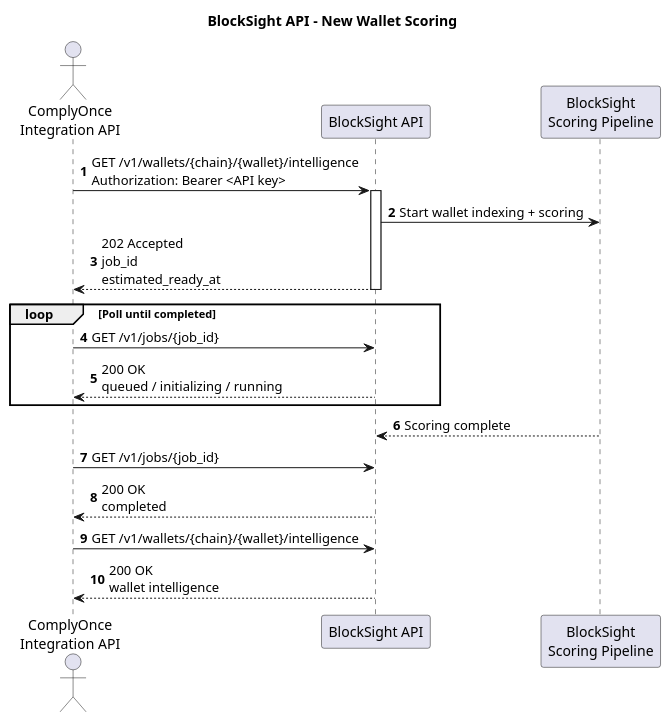
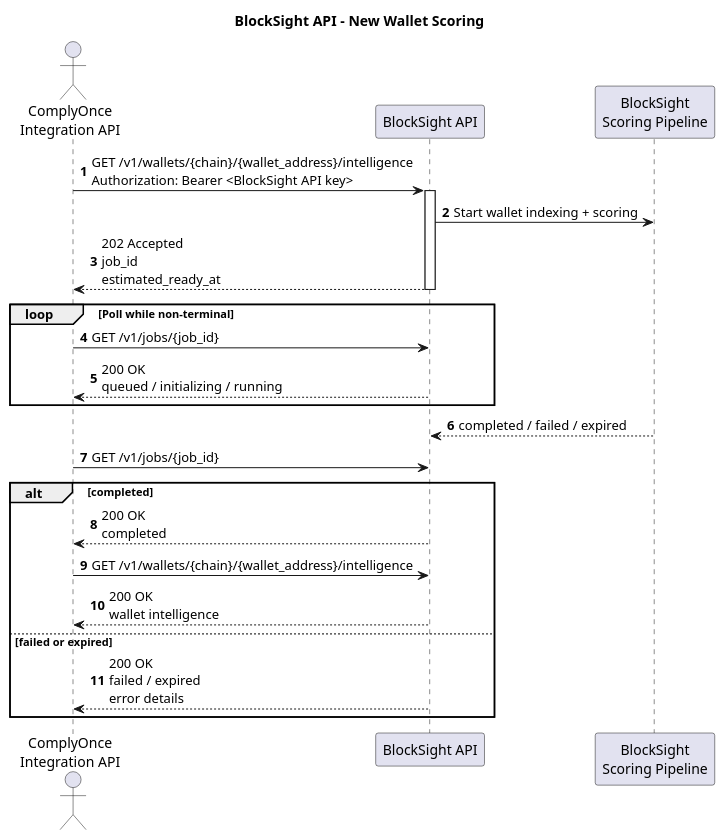
Before and after one commit to BlockSight-Labs/partner-docs: the second of 3 diagrams in docs/ComplyOnce/2026-09-16-BlockSight-ComplyOnce-StatementOfUnderstanding.md, drawn with PlantUML. The commit also changed other lines of this file and 5 other files, not shown here.

````diff
--- a/docs/ComplyOnce/2026-09-16-BlockSight-ComplyOnce-StatementOfUnderstanding.md
+++ b/docs/ComplyOnce/2026-09-16-BlockSight-ComplyOnce-StatementOfUnderstanding.md
@@ -54,33 +58,36 @@
 ```plantuml
 @startuml
 
 title BlockSight API - New Wallet Scoring
 
 autonumber
 
 actor "ComplyOnce\nIntegration API" as Client
 participant "BlockSight API" as API
 participant "BlockSight\nScoring Pipeline" as Scoring
 
-Client -> API: GET /v1/wallets/{chain}/{wallet}/intelligence\nAuthorization: Bearer <API key>
+Client -> API: GET /v1/wallets/{chain}/{wallet_address}/intelligence\nAuthorization: Bearer <BlockSight API key>
 
 activate API
 API -> Scoring: Start wallet indexing + scoring
 API --> Client: 202 Accepted\njob_id\nestimated_ready_at
 deactivate API
 
-loop Poll until completed
+loop Poll while non-terminal
     Client -> API: GET /v1/jobs/{job_id}
     API --> Client: 200 OK\nqueued / initializing / running
 end
 
-Scoring --> API: Scoring complete
+Scoring --> API: completed / failed / expired
 
 Client -> API: GET /v1/jobs/{job_id}
-API --> Client: 200 OK\ncompleted
-
-Client -> API: GET /v1/wallets/{chain}/{wallet}/intelligence
-API --> Client: 200 OK\nwallet intelligence
+alt completed
+    API --> Client: 200 OK\ncompleted
+    Client -> API: GET /v1/wallets/{chain}/{wallet_address}/intelligence
+    API --> Client: 200 OK\nwallet intelligence
+else failed or expired
+    API --> Client: 200 OK\nfailed / expired\nerror details
+end
 
 @enduml
 ```
````
